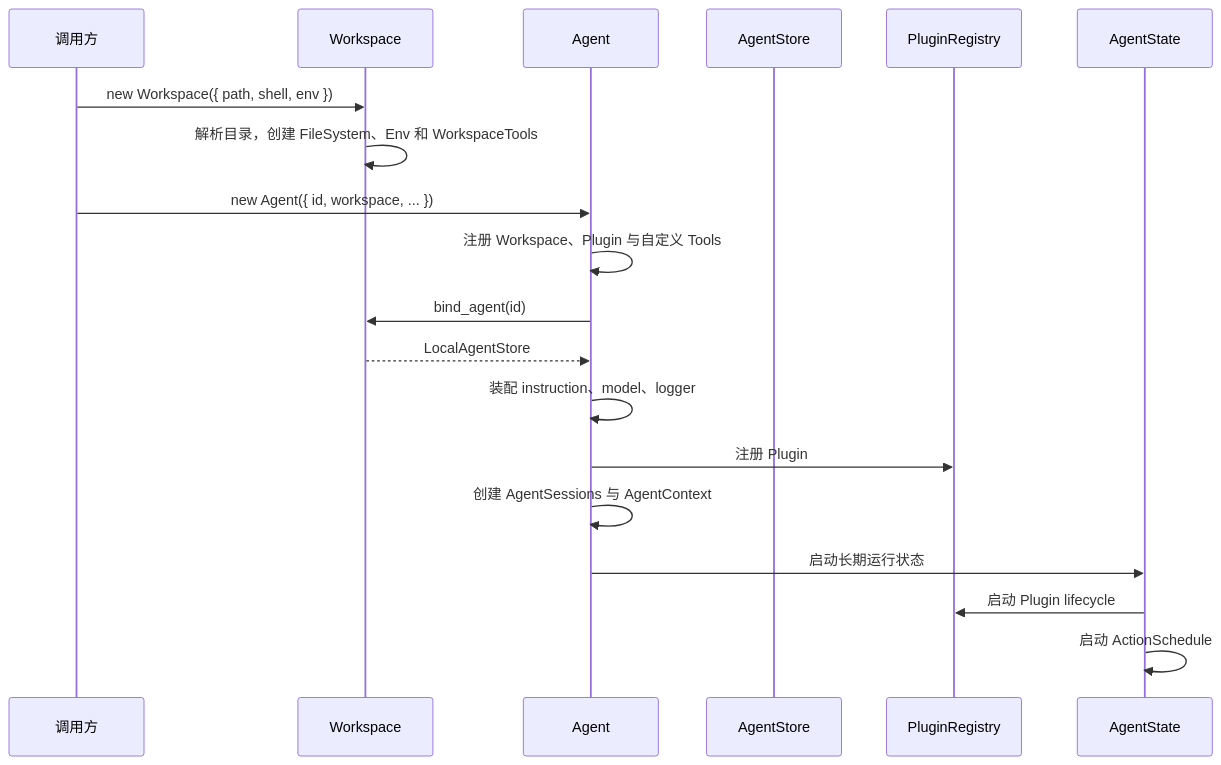
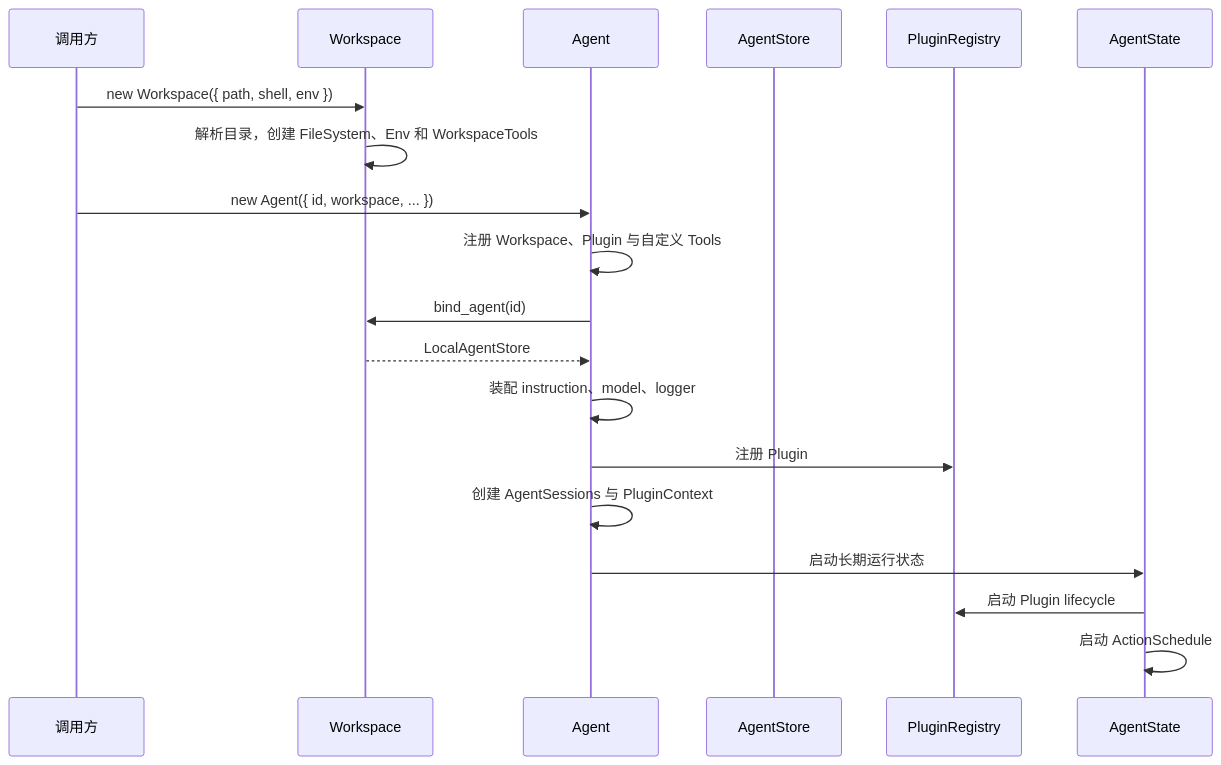
Before and after one commit to genesiscosmos/downcity: the second of 4 diagrams in docs/agent-sdk-architecture.md, drawn with Mermaid. The commit also changed other lines of this file and 461 other files, not shown here.

Commit message:
refactor(agent): clarify sdk and plugin boundaries

````diff
--- a/docs/agent-sdk-architecture.md
+++ b/docs/agent-sdk-architecture.md
@@ -300,22 +300,22 @@
 ```mermaid
 sequenceDiagram
     participant App as 调用方
     participant W as Workspace
     participant A as Agent
     participant S as AgentStore
     participant P as PluginRegistry
     participant AS as AgentState
 
     App->>W: new Workspace({ path, shell, env })
     W->>W: 解析目录，创建 FileSystem、Env 和 WorkspaceTools
     App->>A: new Agent({ id, workspace, ... })
     A->>A: 注册 Workspace、Plugin 与自定义 Tools
     A->>W: bind_agent(id)
     W-->>A: LocalAgentStore
     A->>A: 装配 instruction、model、logger
     A->>P: 注册 Plugin
-    A->>A: 创建 AgentSessions 与 AgentContext
+    A->>A: 创建 AgentSessions 与 PluginContext
     A->>AS: 启动长期运行状态
     AS->>P: 启动 Plugin lifecycle
     AS->>AS: 启动 ActionSchedule
 ```
````
